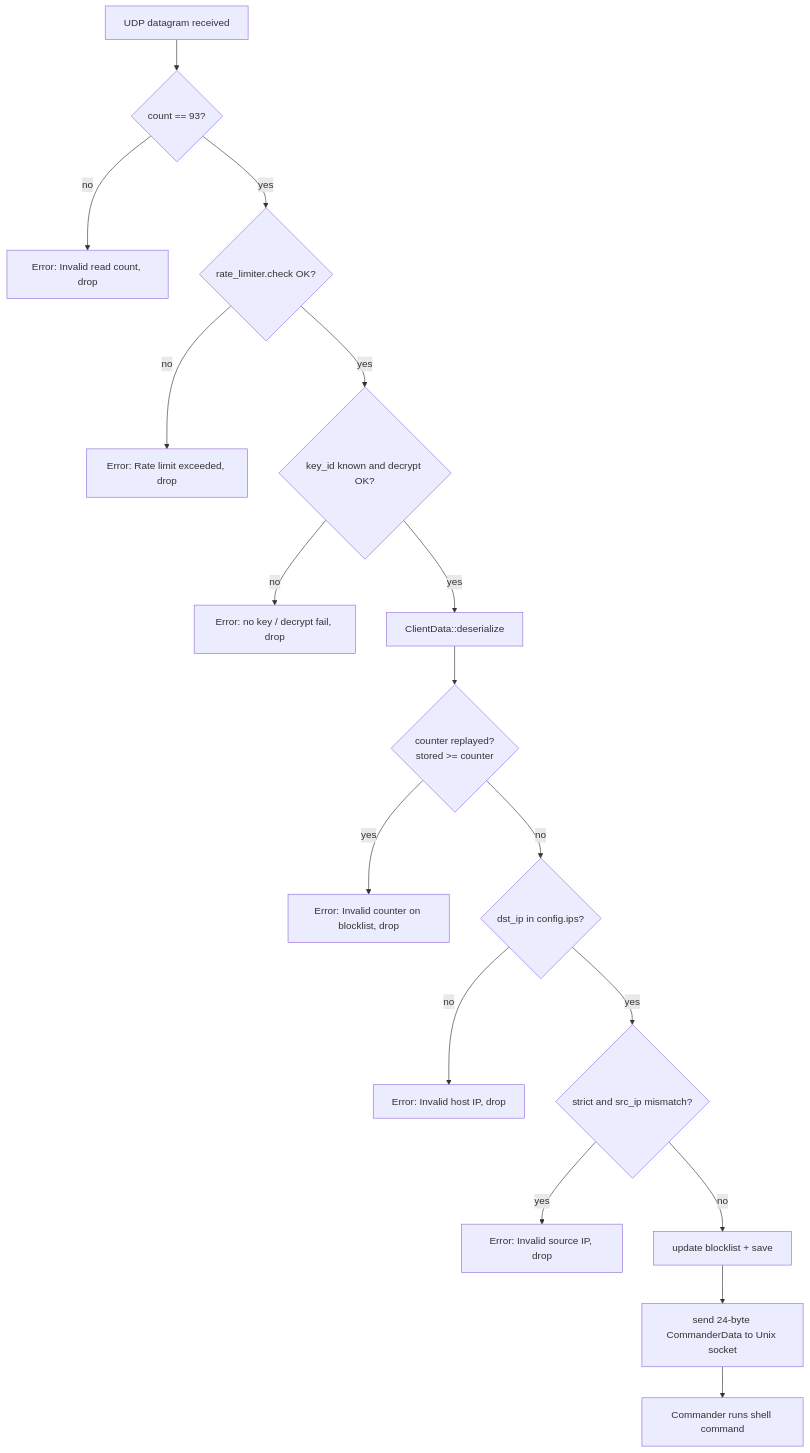
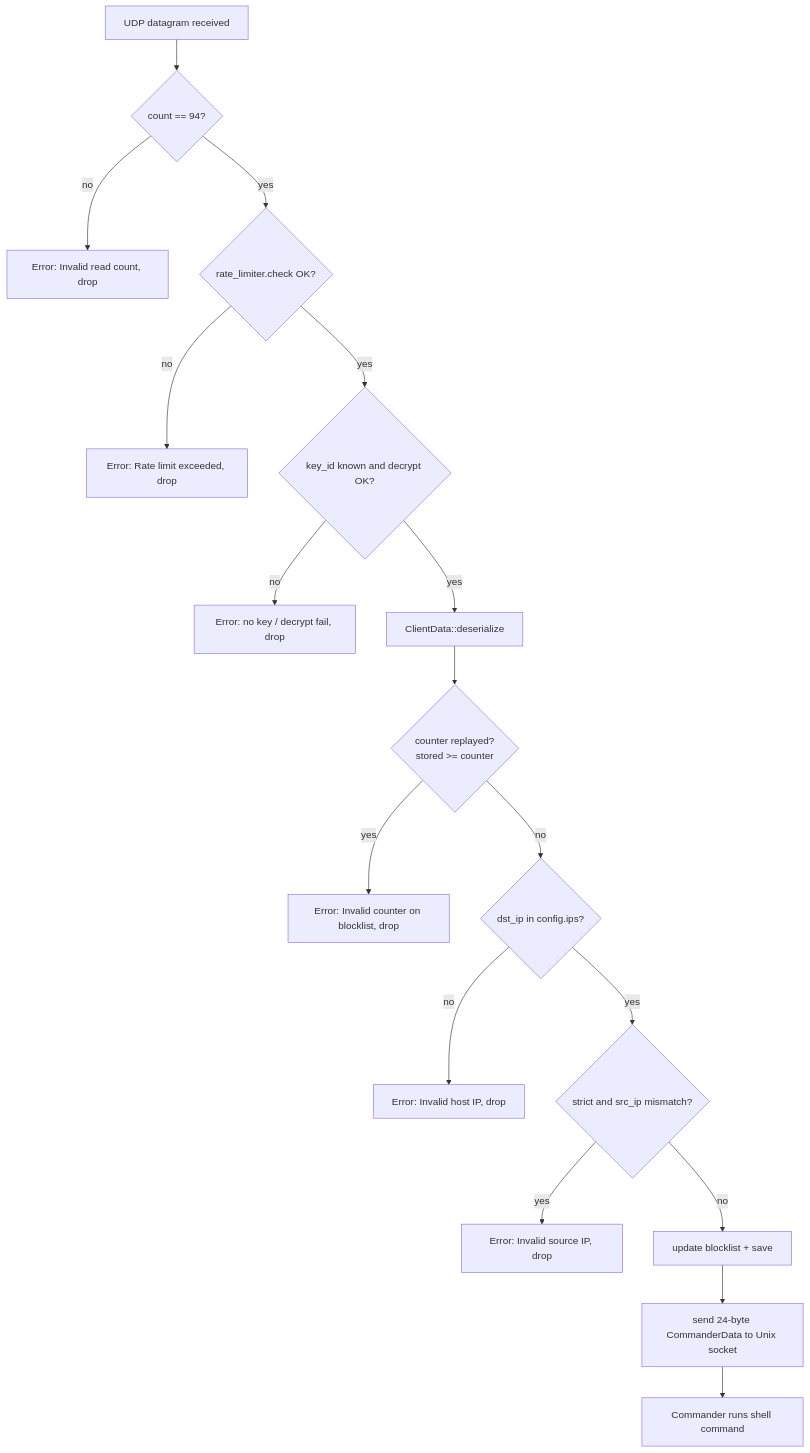
One commit to beac0n/ruroco changed the third of 3 diagrams in docs/src/server/overview.md. Above: the diagram before and after it, drawn with Mermaid. The commit also changed other lines of this file and 15 other files, not shown here.

````diff
--- a/docs/src/server/overview.md
+++ b/docs/src/server/overview.md
@@ -167,19 +167,19 @@
 ```mermaid
 flowchart TD
-    A[UDP datagram received] --> B{count == 93?}
+    A[UDP datagram received] --> B{count == 94?}
     B -- no --> X1[Error: Invalid read count, drop]
     B -- yes --> C{rate_limiter.check OK?}
     C -- no --> X2[Error: Rate limit exceeded, drop]
     C -- yes --> D{key_id known and decrypt OK?}
     D -- no --> X3[Error: no key / decrypt fail, drop]
     D -- yes --> E[ClientData::deserialize]
     E --> F{counter replayed?<br/>stored >= counter}
     F -- yes --> X4[Error: Invalid counter on blocklist, drop]
     F -- no --> G{dst_ip in config.ips?}
     G -- no --> X5[Error: Invalid host IP, drop]
     G -- yes --> H{strict and src_ip mismatch?}
     H -- yes --> X6[Error: Invalid source IP, drop]
     H -- no --> I[update blocklist + save]
     I --> J[send 24-byte CommanderData to Unix socket]
     J --> K[Commander runs shell command]
 ```
````
